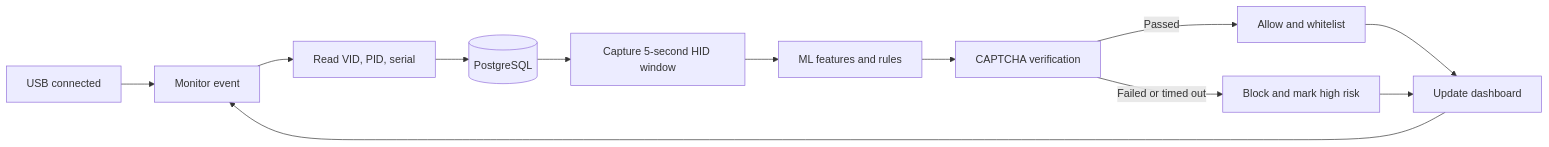
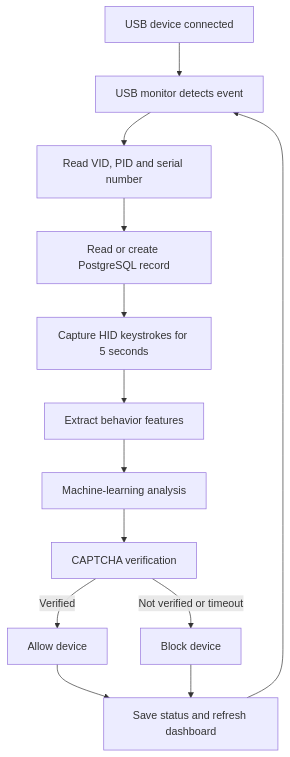
The diagram in README.md (Joshva-Jashper/smart-USB-Intruction-detection-System_), drawn with Mermaid before and after one commit. The commit also changed other lines of this file, not shown here.

````diff
--- a/README.md
+++ b/README.md
@@ -27,14 +27,15 @@
 ```mermaid
-flowchart LR
-    A[USB connected] --> B[Monitor event]
-    B --> C[Read VID, PID, serial]
-    C --> D[(PostgreSQL)]
-    D --> E[Capture 5-second HID window]
-    E --> F[ML features and rules]
-    F --> G[CAPTCHA verification]
-    G -->|Passed| H[Allow and whitelist]
-    G -->|Failed or timed out| I[Block and mark high risk]
-    H --> J[Update dashboard]
-    I --> J
-    J --> B
+flowchart TD
+    A[USB device connected] --> B[USB monitor detects event]
+    B --> C[Read VID, PID and serial number]
+    C --> D[Read or create PostgreSQL record]
+    D --> E[Capture HID keystrokes for 5 seconds]
+    E --> F[Extract behavior features]
+    F --> G[Machine-learning analysis]
+    G --> H[CAPTCHA verification]
+    H -->|Verified| I[Allow device]
+    H -->|Not verified or timeout| J[Block device]
+    I --> K[Save status and refresh dashboard]
+    J --> K
+    K --> B
 ```
````
